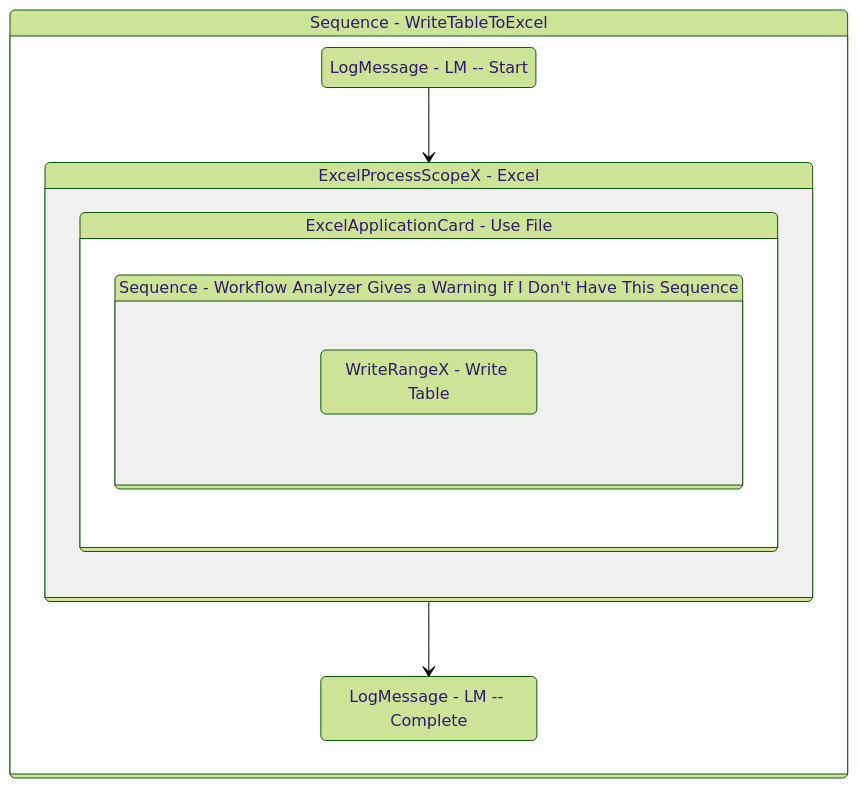
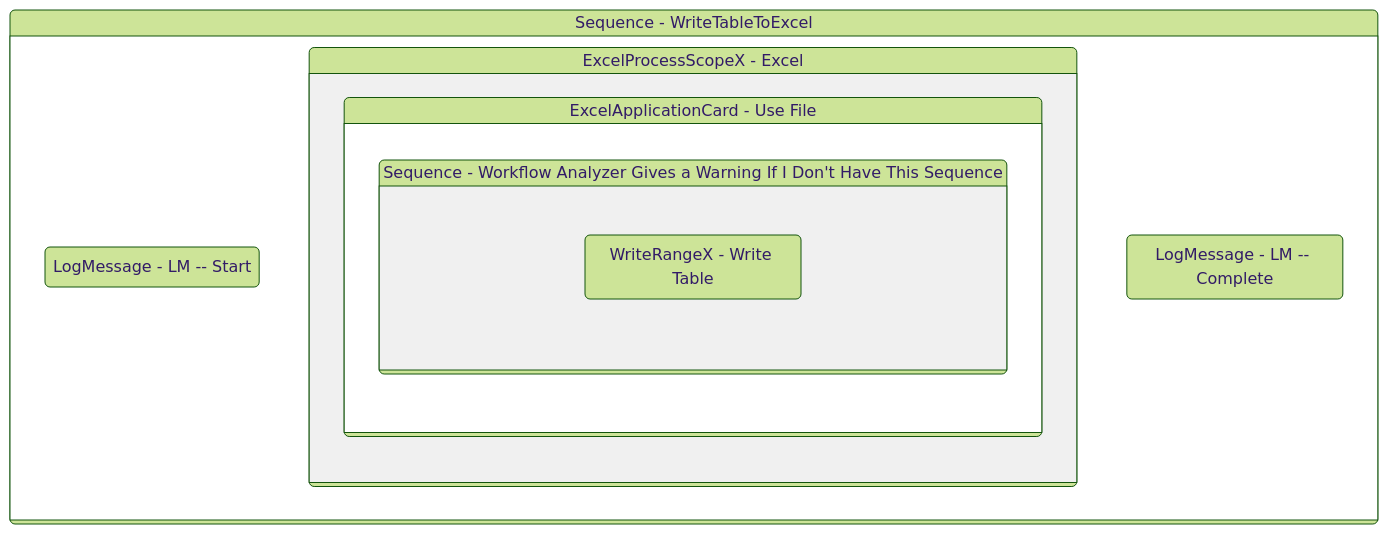
The diagram in Documentation/.templates/Reporters/Basic/Logic/WriteTableToExcel.md (yashbrahmbhatt/LazyFramework), drawn with Mermaid (forest theme) before and after one commit. The commit also changed 72 other files, not shown here.

````diff
--- a/Documentation/.templates/Reporters/Basic/Logic/WriteTableToExcel.md
+++ b/Documentation/.templates/Reporters/Basic/Logic/WriteTableToExcel.md
@@ -141,28 +141,27 @@
 ```mermaid
 stateDiagram-v2
 
 
 Sequence_1: Sequence - WriteTableToExcel
 state Sequence_1 {
 direction TB
 LogMessage_2 : LogMessage - LM -- Start
-LogMessage_2 --> ExcelProcessScopeX_1
+
 ExcelProcessScopeX_1: ExcelProcessScopeX - Excel
 state ExcelProcessScopeX_1 {
 direction TB
 
 ExcelApplicationCard_1: ExcelApplicationCard - Use File
 state ExcelApplicationCard_1 {
 direction TB
 
 Sequence_2: Sequence - Workflow Analyzer Gives a Warning If I Don't Have This Sequence
 state Sequence_2 {
 direction TB
 WriteRangeX_2 : WriteRangeX - Write Table
 }
 }
 }
 LogMessage_1 : LogMessage - LM -- Complete
-ExcelProcessScopeX_1 --> LogMessage_1
 }
 ```
````
